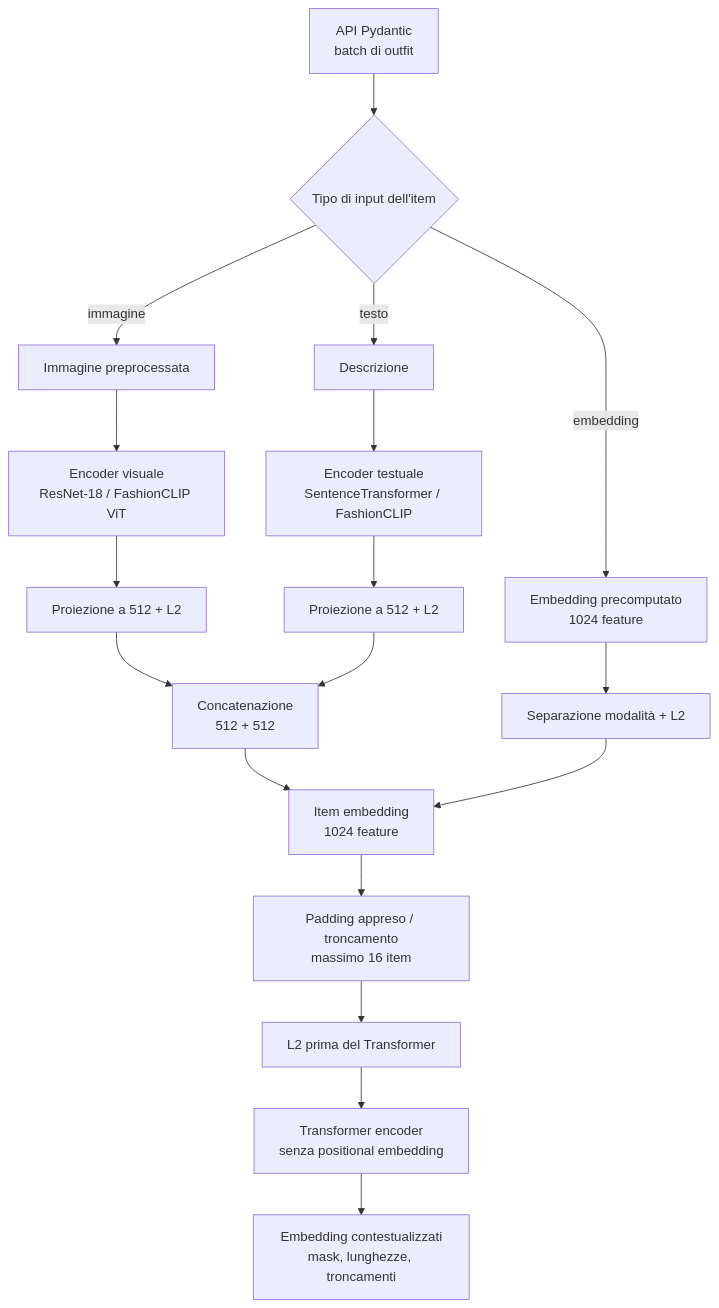
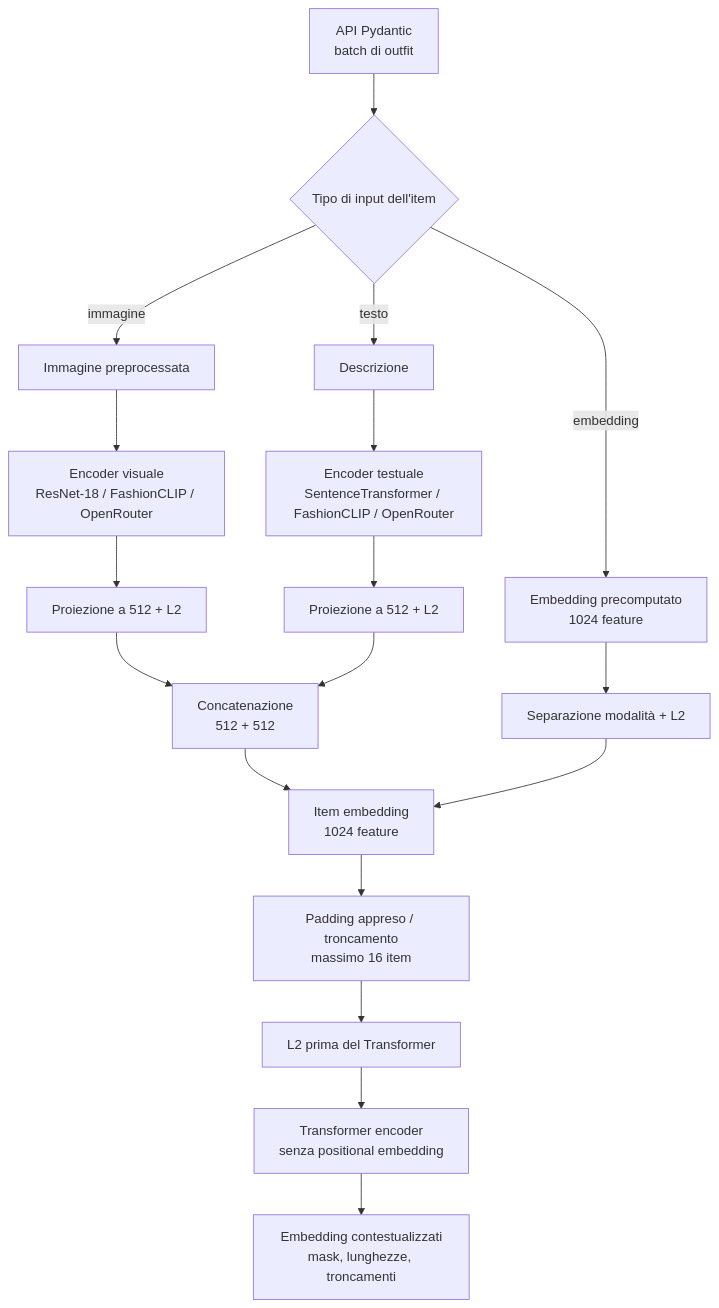
One commit to FlorindoDev/OutfitTransformer changed the diagram in model/common/README.md. Above: the diagram before and after it, drawn with Mermaid. The commit also changed other lines of this file and 10 other files, not shown here.

First line of the commit message:
feat(embeddings): add OpenRouter backend

````diff
--- a/model/common/README.md
+++ b/model/common/README.md
@@ -30,24 +31,24 @@
 ```mermaid
 flowchart TD
     API["API Pydantic<br/>batch di outfit"] --> TYPE{"Tipo di input dell'item"}
 
     TYPE -->|"immagine"| IMAGE["Immagine preprocessata"]
     TYPE -->|"testo"| TEXT["Descrizione"]
     TYPE -->|"embedding"| PRE["Embedding precomputato<br/>1024 feature"]
 
-    IMAGE --> VE["Encoder visuale<br/>ResNet-18 / FashionCLIP ViT"]
-    TEXT --> TE["Encoder testuale<br/>SentenceTransformer / FashionCLIP"]
+    IMAGE --> VE["Encoder visuale<br/>ResNet-18 / FashionCLIP / OpenRouter"]
+    TEXT --> TE["Encoder testuale<br/>SentenceTransformer / FashionCLIP / OpenRouter"]
     VE --> VP["Proiezione a 512 + L2"]
     TE --> TP["Proiezione a 512 + L2"]
     VP --> CAT["Concatenazione<br/>512 + 512"]
     TP --> CAT
 
     CAT --> ITEM["Item embedding<br/>1024 feature"]
     PRE --> PN["Separazione modalità + L2"]
     PN --> ITEM
 
     ITEM --> PAD["Padding appreso / troncamento<br/>massimo 16 item"]
     PAD --> L2["L2 prima del Transformer"]
     L2 --> TR["Transformer encoder<br/>senza positional embedding"]
     TR --> OUT["Embedding contestualizzati<br/>mask, lunghezze, troncamenti"]
 ```
````
